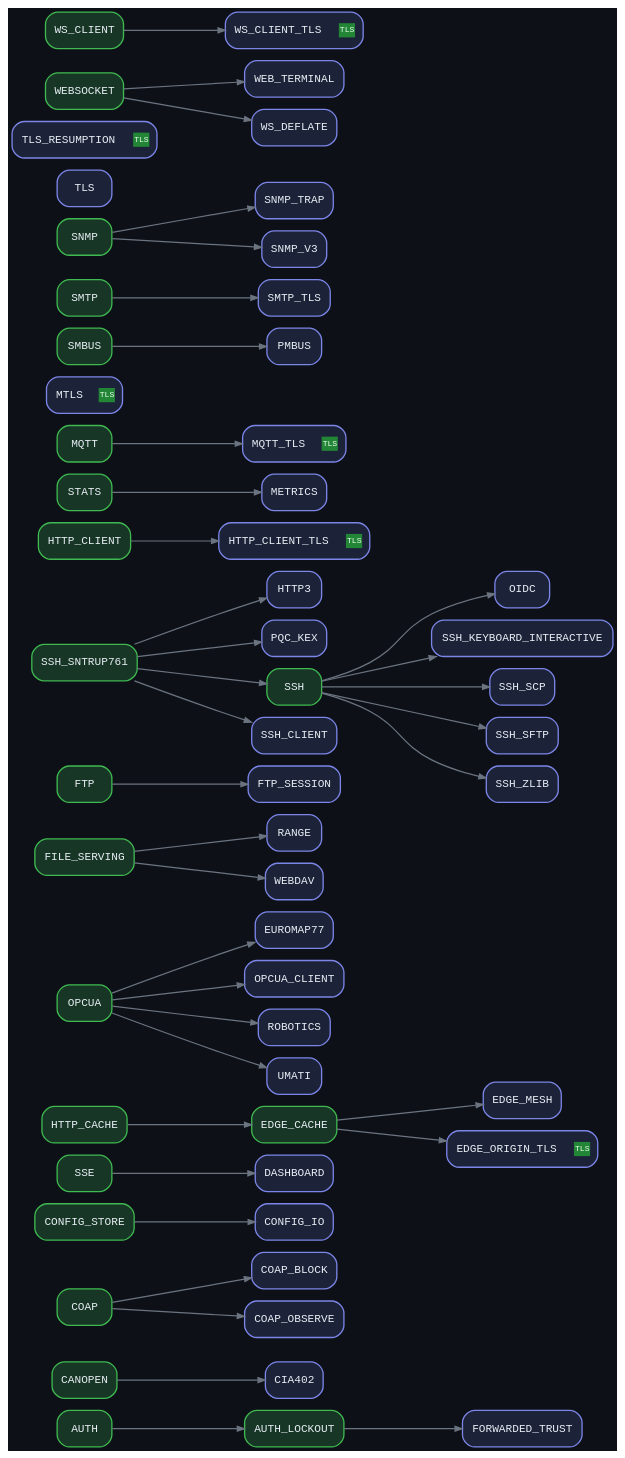
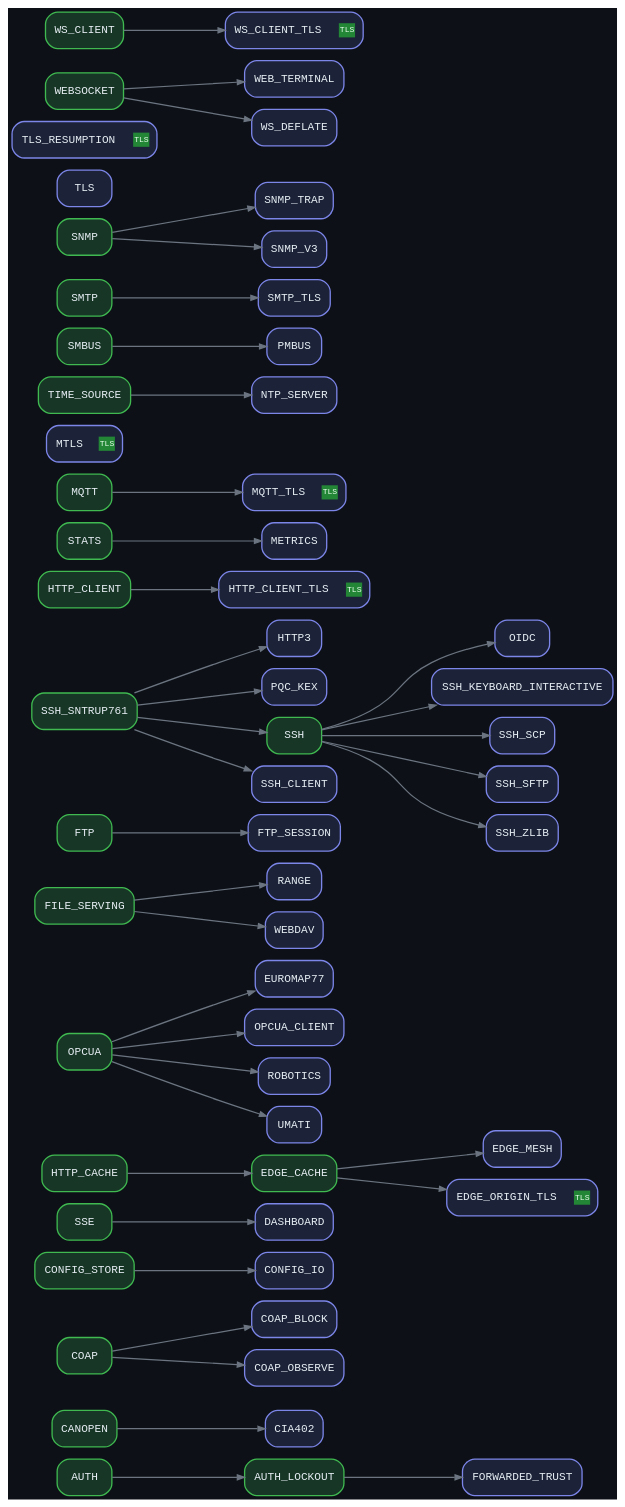
One commit to dstroy0/DeterministicESPAsyncWebServer changed the diagram in docs/diagrams/flag_deps.dot. Above: the diagram before and after it, drawn with Graphviz. The commit also changed 5 other files, not shown here.

```diff
--- a/docs/diagrams/flag_deps.dot
+++ b/docs/diagrams/flag_deps.dot
@@ -32,6 +32,7 @@
   MQTT [label="MQTT", fillcolor="#173626", color="#3fb950", URL="https://github.com/dstroy0/ProtoCore/blob/main/docs/FEATURES.md#mqtt", target="_blank", tooltip="PC_ENABLE_MQTT - enables 1"];
   MQTT_TLS [label=<<TABLE BORDER="0" CELLBORDER="0" CELLSPACING="0" CELLPADDING="1"><TR><TD><FONT COLOR="#e6edf3">MQTT_TLS  </FONT></TD><TD BGCOLOR="#238636"><FONT COLOR="#eaffef" POINT-SIZE="8.5">TLS</FONT></TD></TR></TABLE>>, fillcolor="#1c2338", color="#7c85e8", URL="https://github.com/dstroy0/ProtoCore/blob/main/docs/FEATURES.md#mqtt-tls", target="_blank", tooltip="PC_ENABLE_MQTT_TLS - needs MQTT"];
   MTLS [label=<<TABLE BORDER="0" CELLBORDER="0" CELLSPACING="0" CELLPADDING="1"><TR><TD><FONT COLOR="#e6edf3">MTLS  </FONT></TD><TD BGCOLOR="#238636"><FONT COLOR="#eaffef" POINT-SIZE="8.5">TLS</FONT></TD></TR></TABLE>>, fillcolor="#1c2338", color="#7c85e8", URL="https://github.com/dstroy0/ProtoCore/blob/main/docs/FEATURES.md#mtls", target="_blank", tooltip="PC_ENABLE_MTLS"];
+  NTP_SERVER [label="NTP_SERVER", fillcolor="#1c2338", color="#7c85e8", URL="https://github.com/dstroy0/ProtoCore/blob/main/docs/FEATURES.md#ntp-server", target="_blank", tooltip="PC_ENABLE_NTP_SERVER - needs TIME_SOURCE"];
   OIDC [label="OIDC", fillcolor="#1c2338", color="#7c85e8", URL="https://github.com/dstroy0/ProtoCore/blob/main/docs/FEATURES.md#oidc", target="_blank", tooltip="PC_ENABLE_OIDC - needs SSH"];
   OPCUA [label="OPCUA", fillcolor="#173626", color="#3fb950", URL="https://github.com/dstroy0/ProtoCore/blob/main/docs/FEATURES.md#opcua", target="_blank", tooltip="PC_ENABLE_OPCUA - enables 4"];
   OPCUA_CLIENT [label="OPCUA_CLIENT", fillcolor="#1c2338", color="#7c85e8", URL="https://github.com/dstroy0/ProtoCore/blob/main/docs/FEATURES.md#opcua-client", target="_blank", tooltip="PC_ENABLE_OPCUA_CLIENT - needs OPCUA"];
@@ -54,6 +55,7 @@
   SSH_SNTRUP761 [label="SSH_SNTRUP761", fillcolor="#173626", color="#3fb950", URL="https://github.com/dstroy0/ProtoCore/blob/main/docs/FEATURES.md#ssh-sntrup761", target="_blank", tooltip="PC_ENABLE_SSH_SNTRUP761 - enables 4"];
   SSH_ZLIB [label="SSH_ZLIB", fillcolor="#1c2338", color="#7c85e8", URL="https://github.com/dstroy0/ProtoCore/blob/main/docs/FEATURES.md#ssh-zlib", target="_blank", tooltip="PC_ENABLE_SSH_ZLIB - needs SSH"];
   STATS [label="STATS", fillcolor="#173626", color="#3fb950", URL="https://github.com/dstroy0/ProtoCore/blob/main/docs/FEATURES.md#stats", target="_blank", tooltip="PC_ENABLE_STATS - enables 1"];
+  TIME_SOURCE [label="TIME_SOURCE", fillcolor="#173626", color="#3fb950", URL="https://github.com/dstroy0/ProtoCore/blob/main/docs/FEATURES.md#time-source", target="_blank", tooltip="PC_ENABLE_TIME_SOURCE - enables 1"];
   TLS [label="TLS", fillcolor="#1c2338", color="#7c85e8", URL="https://github.com/dstroy0/ProtoCore/blob/main/docs/FEATURES.md#tls", target="_blank", tooltip="PC_ENABLE_TLS"];
   TLS_RESUMPTION [label=<<TABLE BORDER="0" CELLBORDER="0" CELLSPACING="0" CELLPADDING="1"><TR><TD><FONT COLOR="#e6edf3">TLS_RESUMPTION  </FONT></TD><TD BGCOLOR="#238636"><FONT COLOR="#eaffef" POINT-SIZE="8.5">TLS</FONT></TD></TR></TABLE>>, fillcolor="#1c2338", color="#7c85e8", URL="https://github.com/dstroy0/ProtoCore/blob/main/docs/FEATURES.md#tls-resumption", target="_blank", tooltip="PC_ENABLE_TLS_RESUMPTION"];
   UMATI [label="UMATI", fillcolor="#1c2338", color="#7c85e8", URL="https://github.com/dstroy0/ProtoCore/blob/main/docs/FEATURES.md#umati", target="_blank", tooltip="PC_ENABLE_UMATI - needs OPCUA"];
@@ -97,6 +99,7 @@
   SSH_SNTRUP761 -> SSH;
   SSH_SNTRUP761 -> SSH_CLIENT;
   STATS -> METRICS;
+  TIME_SOURCE -> NTP_SERVER;
   WEBSOCKET -> WEB_TERMINAL;
   WEBSOCKET -> WS_DEFLATE;
   WS_CLIENT -> WS_CLIENT_TLS;
```
